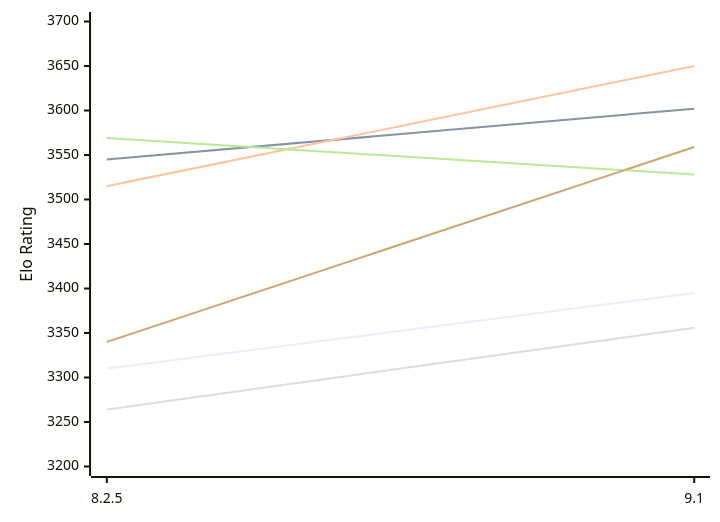
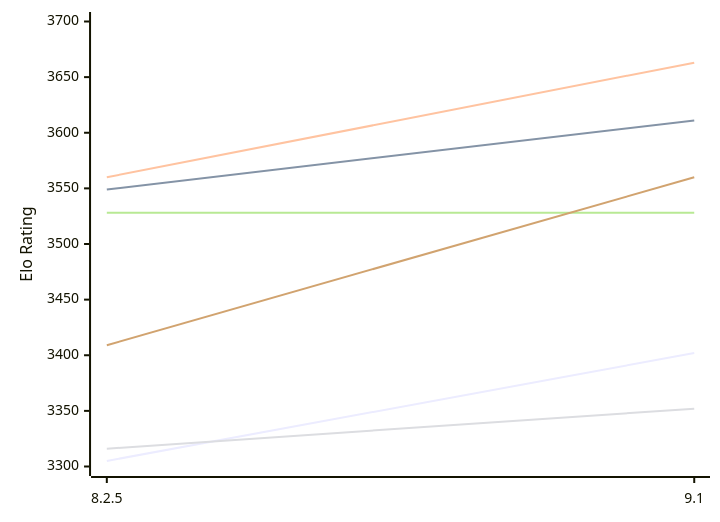
The first of 2 diagrams in engines/Clover.md (computer-chess-index/cci), drawn with Mermaid before and after one commit. The commit also changed other lines of this file, not shown here.

Commit message:
Update CCI Ratings (ELO VLTC) - 2026-11-16

````diff
--- a/engines/Clover.md
+++ b/engines/Clover.md
@@ -52,12 +52,12 @@
 ```mermaid
 %%{init: {"theme":"base","themeVariables":{"seriesColors:['#a3a3a3','#222221','#faa371']}}}%%
 xychart-beta
   x-axis ["8.2.5", "9.1"]
-  y-axis "Elo Rating" 3200 --> 3700
-  line "E1: STC (8.0+0.08s)" [3310, 3395]
-  line "E1: LTC (60.0+0.60s)" [3545, 3602]
-  line "E1: VLTC (2m24s+1.12s)" [3515, 3650]
-  line "P1: STC (8.0+0.08s)" [3264, 3356]
-  line "P1: LTC (60.0+0.60s)" [3569, 3528]
-  line "P1: VLTC (2m24s+1.12s)" [3340, 3559]
+  y-axis "Elo Rating" 3300 --> 3700
+  line "E1: STC (8.0+0.08s)" [3305, 3402]
+  line "E1: LTC (60.0+0.60s)" [3549, 3611]
+  line "E1: VLTC (2m24s+1.12s)" [3560, 3663]
+  line "P1: STC (8.0+0.08s)" [3316, 3352]
+  line "P1: LTC (60.0+0.60s)" [3528, 3528]
+  line "P1: VLTC (2m24s+1.12s)" [3409, 3560]
 ```
````
